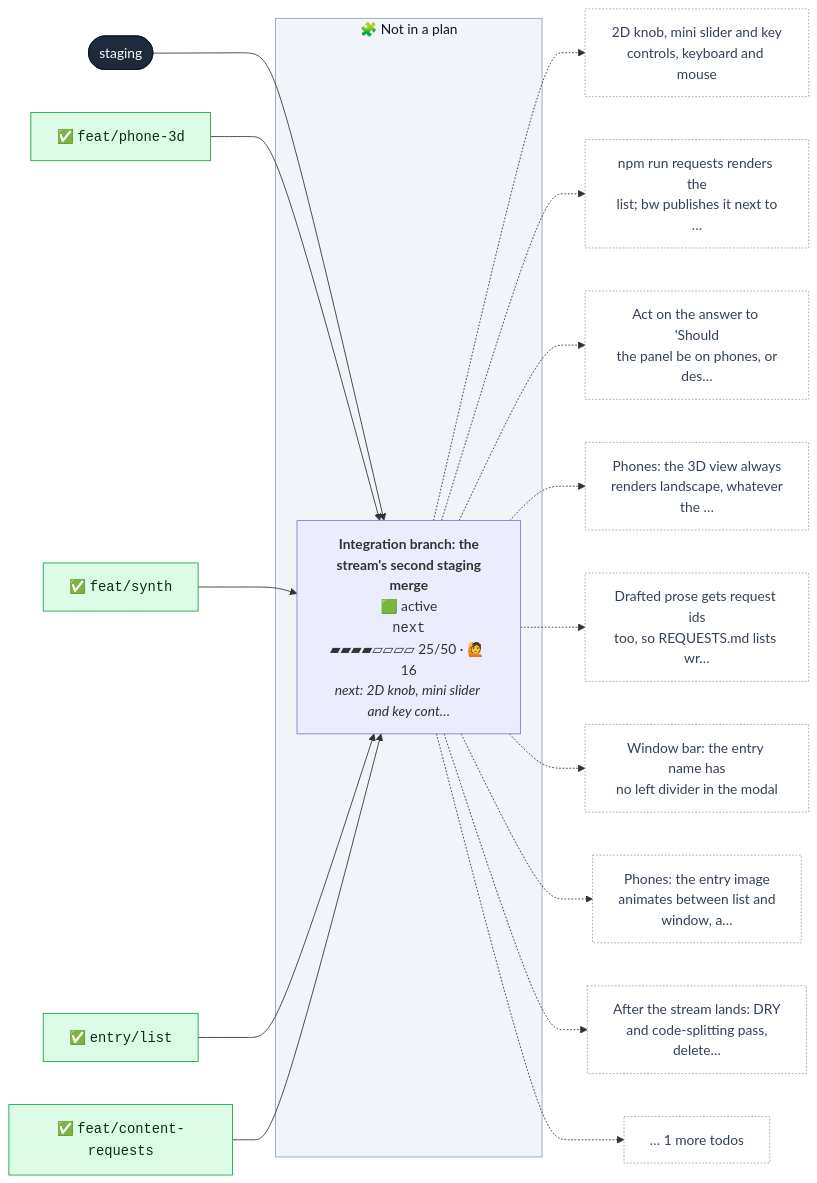
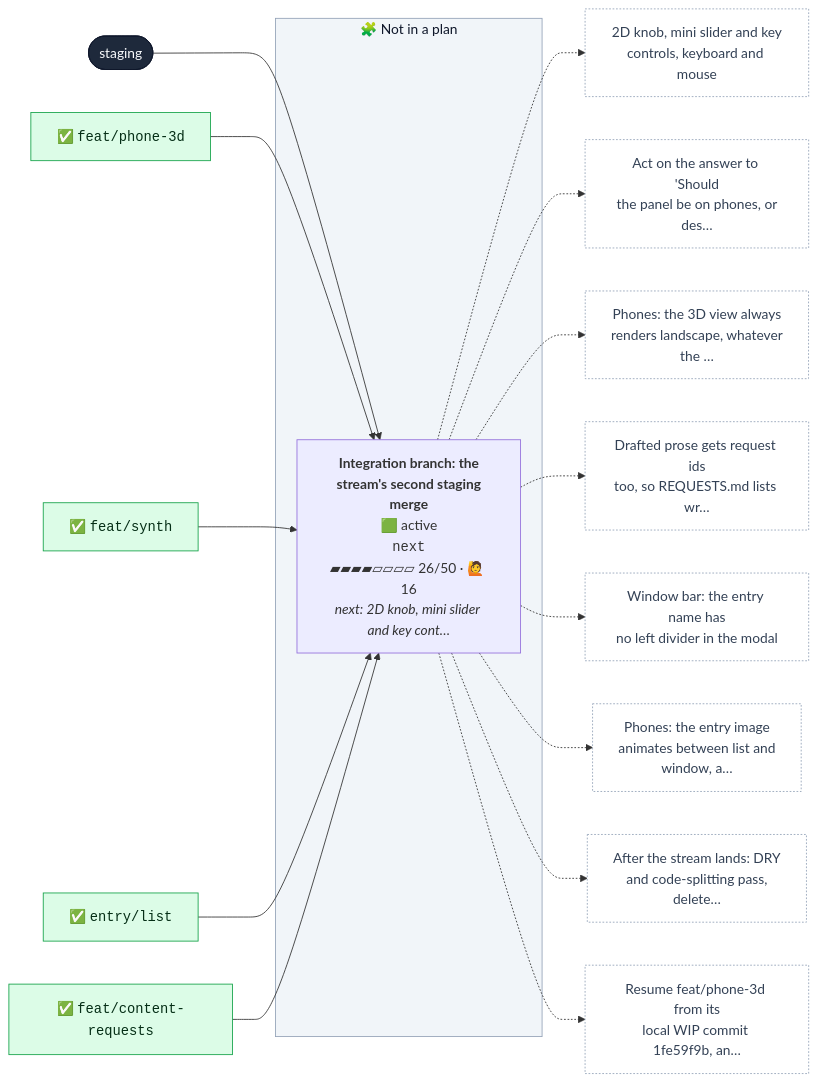
One commit to henryjonescodes/portfolio changed the first of 2 diagrams in CONTRIBUTING.md. Above: the diagram before and after it, drawn with Mermaid. The commit also changed other lines of this file, not shown here.

````diff
--- a/CONTRIBUTING.md
+++ b/CONTRIBUTING.md
@@ -16,59 +16,56 @@
 ```mermaid
 flowchart LR
   n_staging([staging])
   class n_staging trunk
   subgraph loose["🧩 Not in a plan"]
-    n_next["<b>Integration branch: the<br/>stream's second staging<br/>merge</b><br/>🟩 active<br/><code>next</code><br/>▰▰▰▰▱▱▱▱ 25/50 · 🙋 16<br/><i>next: 2D knob, mini slider and key cont…</i>"]
+    n_next["<b>Integration branch: the<br/>stream's second staging<br/>merge</b><br/>🟩 active<br/><code>next</code><br/>▰▰▰▰▱▱▱▱ 26/50 · 🙋 16<br/><i>next: 2D knob, mini slider and key cont…</i>"]
     class n_next active,current
   end
   style loose fill:#f1f5f9,stroke:#94a3b8,color:#0f172a
   n_staging --> n_next
   n_next_m0["✅ <code>feat/phone-3d</code>"]
   class n_next_m0 merged
   n_next_m0 --> n_next
   n_next_m1["✅ <code>feat/synth</code>"]
   class n_next_m1 merged
   n_next_m1 --> n_next
   n_next_m2["✅ <code>entry/list</code>"]
   class n_next_m2 merged
   n_next_m2 --> n_next
   n_next_m3["✅ <code>feat/content-requests</code>"]
   class n_next_m3 merged
   n_next_m3 --> n_next
   n_next_t0["2D knob, mini slider and key<br/>controls, keyboard and mouse"]
   class n_next_t0 todo
   n_next -.-> n_next_t0
-  n_next_t1["npm run requests renders the<br/>list; bw publishes it next to<br/>…"]
+  n_next_t1["Act on the answer to 'Should<br/>the panel be on phones, or<br/>des…"]
   class n_next_t1 todo
   n_next -.-> n_next_t1
-  n_next_t2["Act on the answer to 'Should<br/>the panel be on phones, or<br/>des…"]
+  n_next_t2["Phones: the 3D view always<br/>renders landscape, whatever<br/>the …"]
   class n_next_t2 todo
   n_next -.-> n_next_t2
-  n_next_t3["Phones: the 3D view always<br/>renders landscape, whatever<br/>the …"]
+  n_next_t3["Drafted prose gets request ids<br/>too, so REQUESTS.md lists wr…"]
   class n_next_t3 todo
   n_next -.-> n_next_t3
-  n_next_t4["Drafted prose gets request ids<br/>too, so REQUESTS.md lists wr…"]
+  n_next_t4["Window bar: the entry name has<br/>no left divider in the modal"]
   class n_next_t4 todo
   n_next -.-> n_next_t4
-  n_next_t5["Window bar: the entry name has<br/>no left divider in the modal"]
+  n_next_t5["Phones: the entry image<br/>animates between list and<br/>window, a…"]
   class n_next_t5 todo
   n_next -.-> n_next_t5
-  n_next_t6["Phones: the entry image<br/>animates between list and<br/>window, a…"]
+  n_next_t6["After the stream lands: DRY<br/>and code-splitting pass,<br/>delete…"]
   class n_next_t6 todo
   n_next -.-> n_next_t6
-  n_next_t7["After the stream lands: DRY<br/>and code-splitting pass,<br/>delete…"]
+  n_next_t7["Resume feat/phone-3d from its<br/>local WIP commit 1fe59f9b, an…"]
   class n_next_t7 todo
   n_next -.-> n_next_t7
-  n_next_more["… 1 more todos"]
-  class n_next_more todo
-  n_next -.-> n_next_more
   classDef merged fill:#dcfce7,stroke:#16a34a,color:#052e16
   classDef todo fill:#ffffff,stroke:#94a3b8,stroke-dasharray:2 2,color:#334155
   classDef planned fill:#c7d2fe,stroke:#4f46e5,color:#1e1b4b
   classDef sketched fill:#f8fafc,stroke:#64748b,stroke-dasharray:4 3,color:#334155
   classDef active fill:#bbf7d0,stroke:#16a34a,stroke-width:3px,color:#052e16
   classDef review fill:#fde68a,stroke:#d97706,stroke-width:3px,color:#451a03
   classDef blocked fill:#fecaca,stroke:#dc2626,stroke-width:3px,color:#450a0a
   classDef trunk fill:#1e293b,stroke:#0f172a,color:#f8fafc
   classDef current stroke:#0ea5e9,stroke-width:5px
 ```
````
